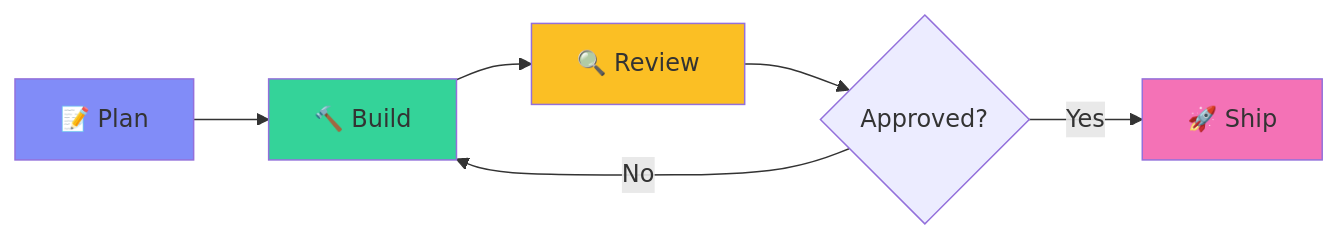
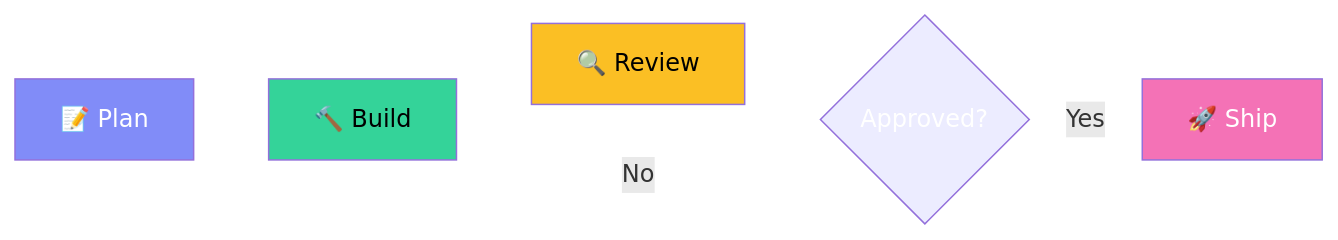
One commit to majesticlabs-dev/marketplace-tutorial changed the first of 3 diagrams in slides.md. Above: the diagram before and after it, drawn with Mermaid. The commit also changed other lines of this file, not shown here.

````diff
--- a/slides.md
+++ b/slides.md
@@ -185,13 +186,16 @@
 ```mermaid {scale: 0.8}
 graph LR
     A[📝 Plan] --> B[🔨 Build]
     B --> C[🔍 Review]
     C --> D{Approved?}
     D -->|Yes| E[🚀 Ship]
     D -->|No| B
 
-    style A fill:#818cf8
-    style B fill:#34d399
-    style C fill:#fbbf24
-    style E fill:#f472b6
+    style A fill:#818cf8,color:#fff
+    style B fill:#34d399,color:#000
+    style C fill:#fbbf24,color:#000
+    style D color:#fff
+    style E fill:#f472b6,color:#fff
+
+    linkStyle default stroke:#fff,stroke-width:2px
 ```
````
